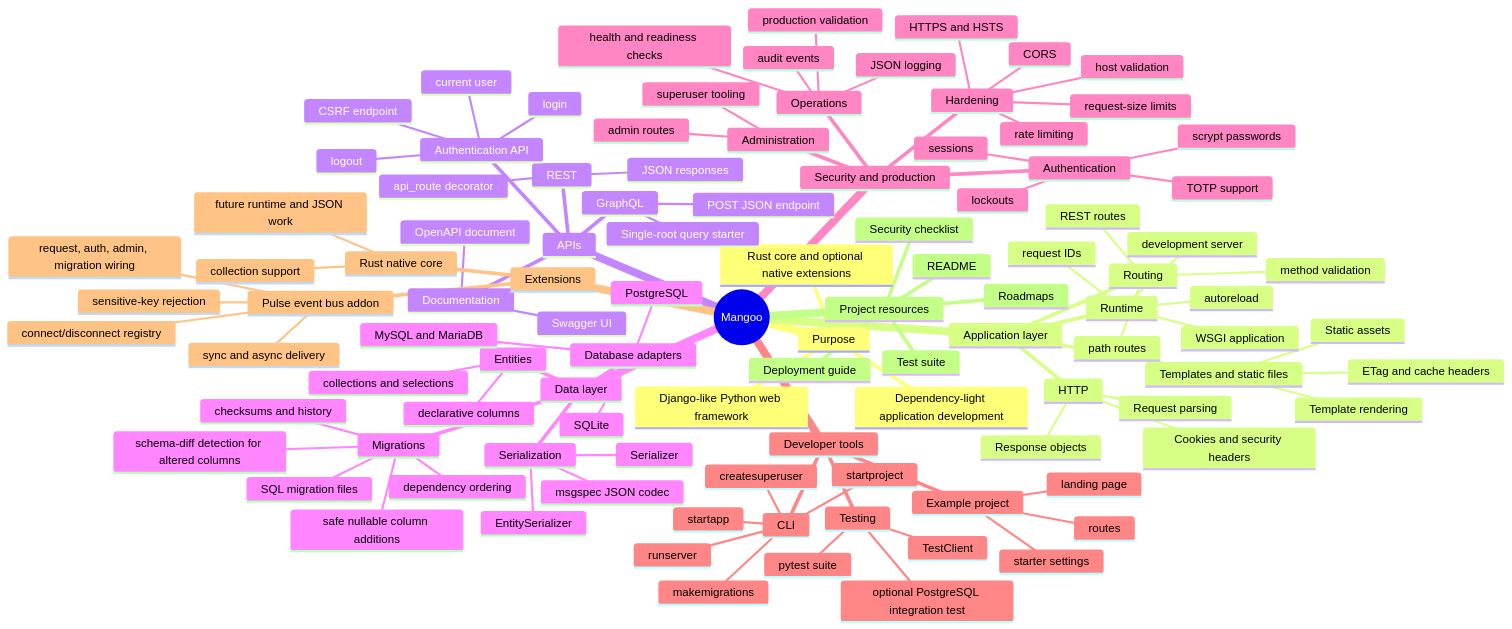
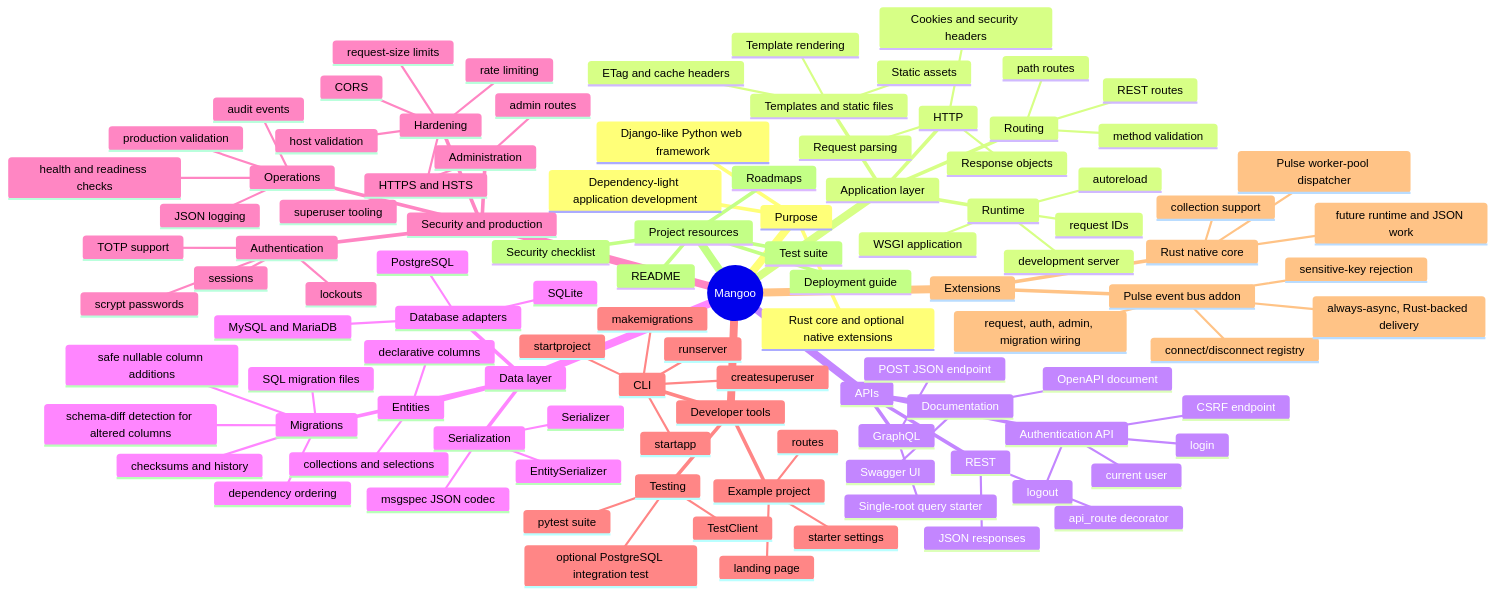
One commit to P-Sudhakar-tech/HayaVega changed the diagram in PROJECT_MINDMAP.md. Above: the diagram before and after it, drawn with Mermaid. The commit also changed 13 other files, not shown here.

```diff
--- a/PROJECT_MINDMAP.md
+++ b/PROJECT_MINDMAP.md
@@ -96,11 +96,12 @@
     Extensions
       Pulse event bus addon
         connect/disconnect registry
-        sync and async delivery
+        always-async, Rust-backed delivery
         sensitive-key rejection
         request, auth, admin, migration wiring
       Rust native core
         collection support
+        Pulse worker-pool dispatcher
         future runtime and JSON work
     Project resources
       README
```
